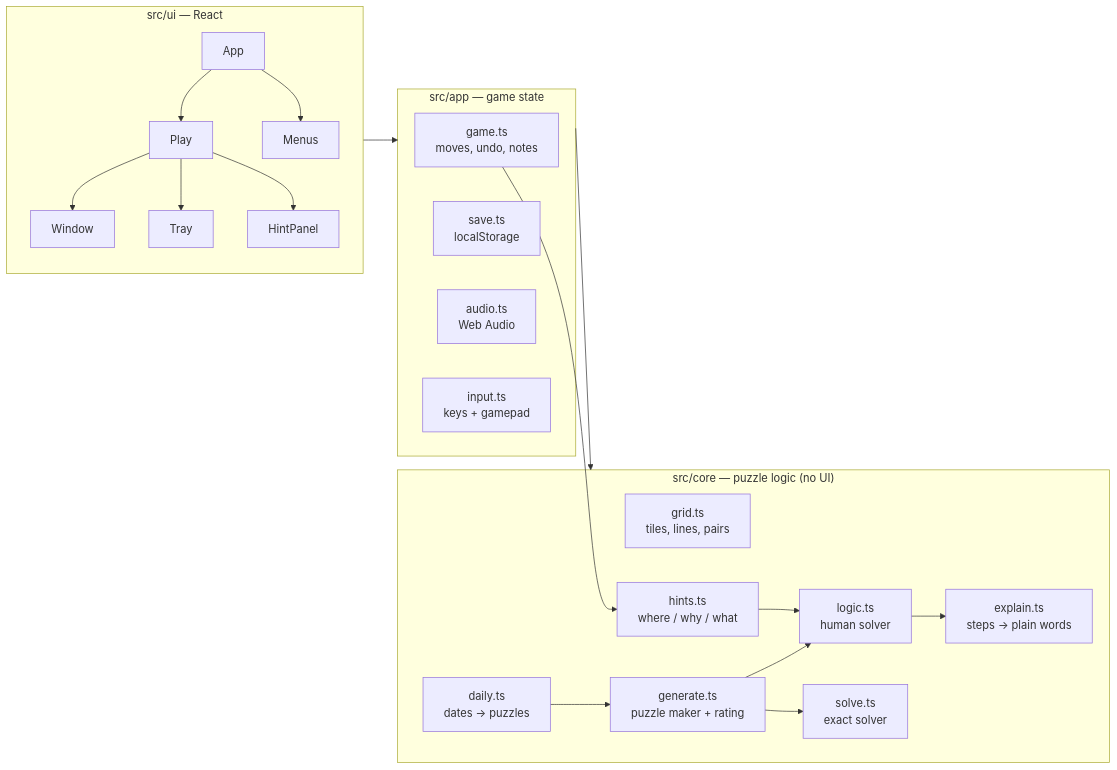
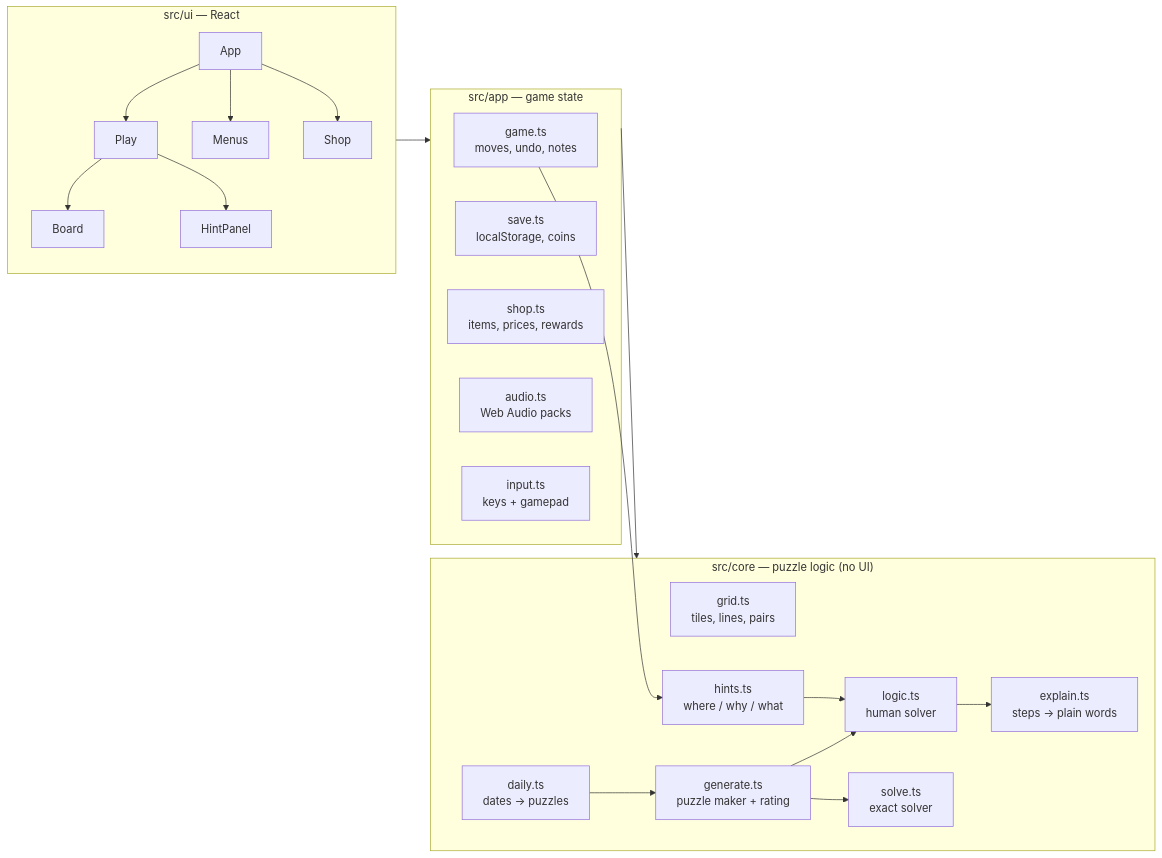
Before and after one commit to jermbo/Cosmic-Arcade: the first of 5 diagrams in games/sudoglue/README.md, drawn with Mermaid. The commit also changed other lines of this file and 23 other files, not shown here.

````diff
--- a/games/sudoglue/README.md
+++ b/games/sudoglue/README.md
@@ -22,27 +22,28 @@
 ```mermaid
 flowchart LR
   subgraph core["src/core — puzzle logic (no UI)"]
     grid[grid.ts<br/>tiles, lines, pairs]
     solve[solve.ts<br/>exact solver]
     logic[logic.ts<br/>human solver]
     explain[explain.ts<br/>steps → plain words]
     hints[hints.ts<br/>where / why / what]
     gen[generate.ts<br/>puzzle maker + rating]
     daily[daily.ts<br/>dates → puzzles]
   end
   subgraph app["src/app — game state"]
     game[game.ts<br/>moves, undo, notes]
-    save[save.ts<br/>localStorage]
-    audio[audio.ts<br/>Web Audio]
+    save[save.ts<br/>localStorage, coins]
+    shop[shop.ts<br/>items, prices, rewards]
+    audio[audio.ts<br/>Web Audio packs]
     input[input.ts<br/>keys + gamepad]
   end
   subgraph ui["src/ui — React"]
-    App --> Play --> Window & Tray & HintPanel
-    App --> Menus
+    App --> Play --> Board & HintPanel
+    App --> Menus & Shop
   end
   gen --> solve & logic
   hints --> logic --> explain
   daily --> gen
   game --> hints
   ui --> app --> core
 ```
````
